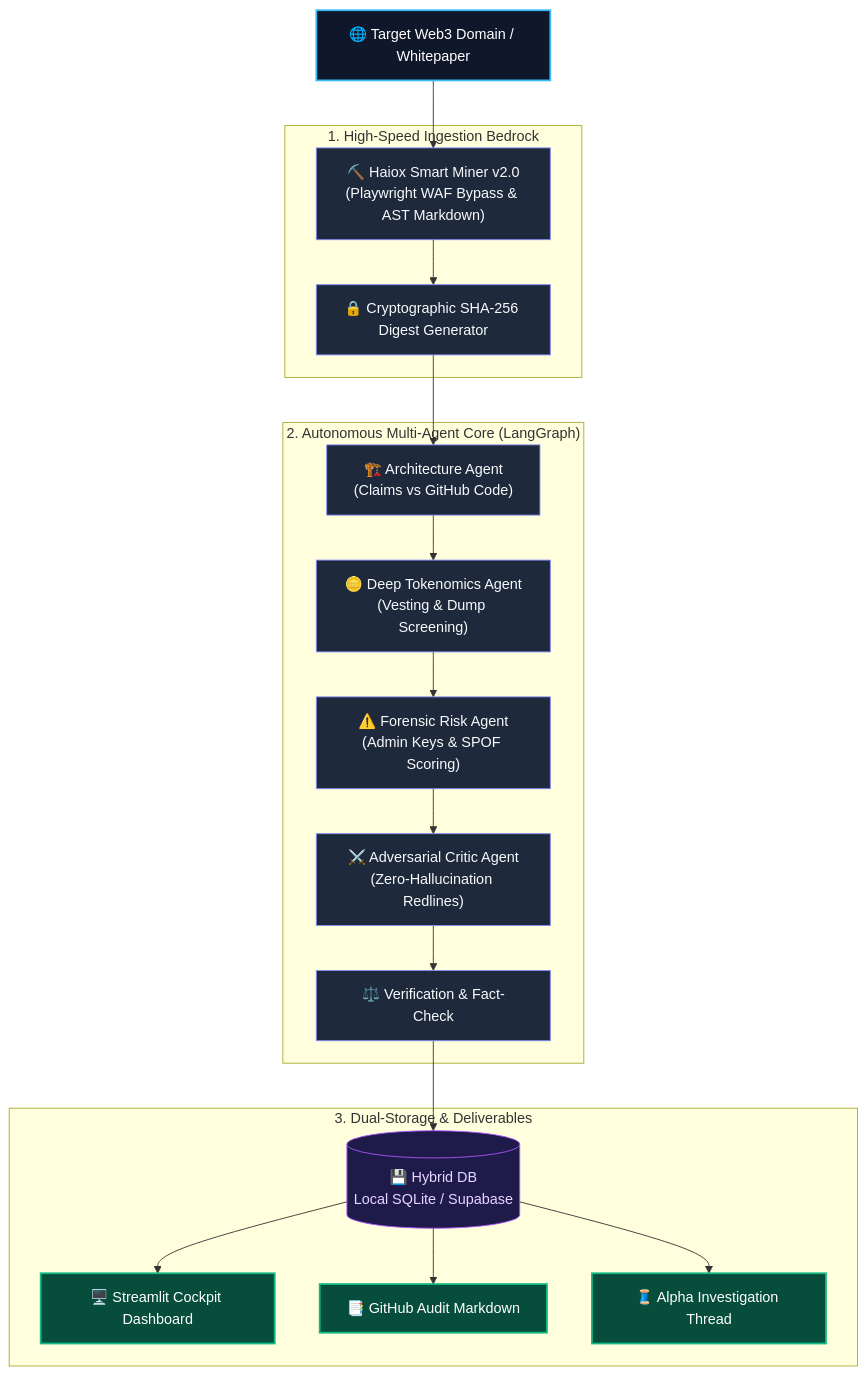
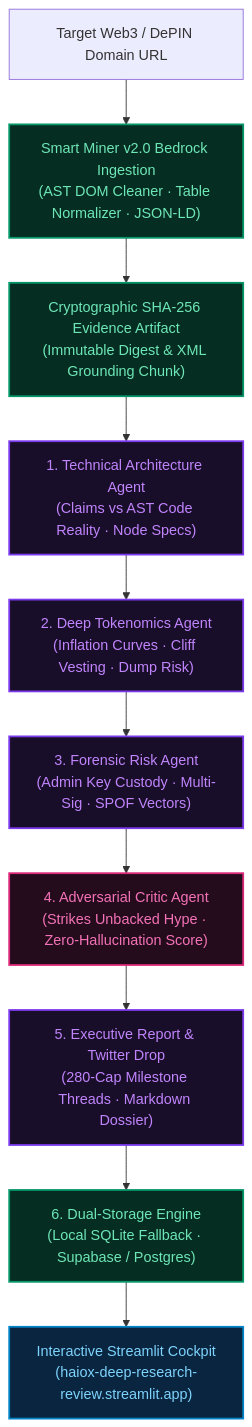
One commit to haiox/Haiox_Deep_Research changed the diagram in README.md. Above: the diagram before and after it, drawn with Mermaid. The commit also changed other lines of this file, not shown here.

Commit message:
docs(readme): upgrade README to luxury capstone standard matching Smart Miner

````diff
--- a/README.md
+++ b/README.md
@@ -52,41 +56,20 @@
 ```mermaid
-graph TD
-    classDef main fill:#0f172a,stroke:#38bdf8,stroke-width:2px,color:#fff;
-    classDef agent fill:#1e293b,stroke:#818cf8,stroke-width:1px,color:#f8fafc;
-    classDef store fill:#1e1b4b,stroke:#a855f7,stroke-width:1px,color:#e9d5ff;
-    classDef out fill:#064e3b,stroke:#10b981,stroke-width:2px,color:#fff;
+flowchart TD
+    classDef bedrock fill:#062d22,stroke:#059669,stroke-width:2px,color:#6ee7b7;
+    classDef agent fill:#180e29,stroke:#7c3aed,stroke-width:2px,color:#c084fc;
+    classDef critic fill:#240c1d,stroke:#db2777,stroke-width:2px,color:#f472b6;
+    classDef cockpit fill:#092540,stroke:#0284c7,stroke-width:2px,color:#7dd3fc;
 
-    URL["🌐 Target Web3 Domain / Whitepaper"]:::main
-    
-    subgraph INGESTION["1. High-Speed Ingestion Bedrock"]
-        M2["⛏️ Haiox Smart Miner v2.0<br/>(Playwright WAF Bypass & AST Markdown)"]:::agent
-        SHA["🔒 Cryptographic SHA-256 Digest Generator"]:::agent
-    end
+    Target["Target Web3 / DePIN Domain URL"] --> SmartMiner["Smart Miner v2.0 Bedrock Ingestion<br/>(AST DOM Cleaner · Table Normalizer · JSON-LD)"]:::bedrock
+    SmartMiner --> SHA256["Cryptographic SHA-256 Evidence Artifact<br/>(Immutable Digest & XML Grounding Chunk)"]:::bedrock
 
-    subgraph AUDIT["2. Autonomous Multi-Agent Core (LangGraph)"]
-        A1["🏗️ Architecture Agent<br/>(Claims vs GitHub Code)"]:::agent
-        A2["🪙 Deep Tokenomics Agent<br/>(Vesting & Dump Screening)"]:::agent
-        A3["⚠️ Forensic Risk Agent<br/>(Admin Keys & SPOF Scoring)"]:::agent
-        A4["⚔️ Adversarial Critic Agent<br/>(Zero-Hallucination Redlines)"]:::agent
-        A5["⚖️ Verification & Fact-Check"]:::agent
-    end
+    SHA256 --> Arch["1. Technical Architecture Agent<br/>(Claims vs AST Code Reality · Node Specs)"]:::agent
+    Arch --> Tokenomics["2. Deep Tokenomics Agent<br/>(Inflation Curves · Cliff Vesting · Dump Risk)"]:::agent
+    Tokenomics --> Risk["3. Forensic Risk Agent<br/>(Admin Key Custody · Multi-Sig · SPOF Vectors)"]:::agent
+    Risk --> Critic["4. Adversarial Critic Agent<br/>(Strikes Unbacked Hype · Zero-Hallucination Score)"]:::critic
 
-    subgraph PERSISTENCE["3. Dual-Storage & Deliverables"]
-        DB[("💾 Hybrid DB<br/>Local SQLite / Supabase")]:::store
-        GUI["🖥️ Streamlit Cockpit Dashboard"]:::out
-        MD["📑 GitHub Audit Markdown"]:::out
-        TW["🧵 Alpha Investigation Thread"]:::out
-    end
+    Critic --> Synthesizer["5. Executive Report & Twitter Drop<br/>(280-Cap Milestone Threads · Markdown Dossier)"]:::agent
+    Synthesizer --> Storage["6. Dual-Storage Engine<br/>(Local SQLite Fallback · Supabase / Postgres)"]:::bedrock
 
-    URL --> M2
-    M2 --> SHA
-    SHA --> A1
-    A1 --> A2
-    A2 --> A3
-    A3 --> A4
-    A4 --> A5
-    A5 --> DB
-    DB --> GUI
-    DB --> MD
-    DB --> TW
+    Storage --> Cockpit["Interactive Streamlit Cockpit<br/>(haiox-deep-research-review.streamlit.app)"]:::cockpit
 ```
````
